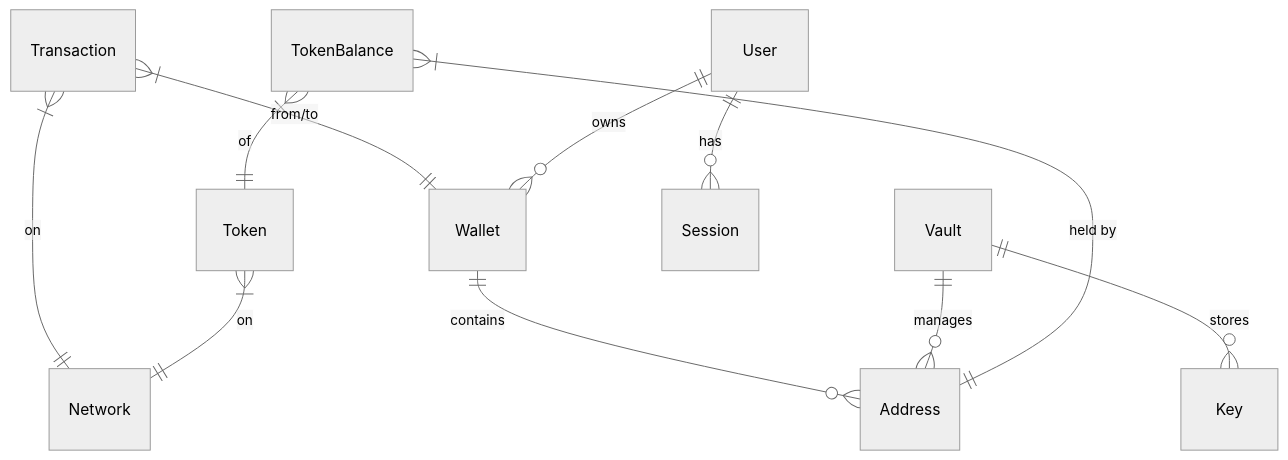
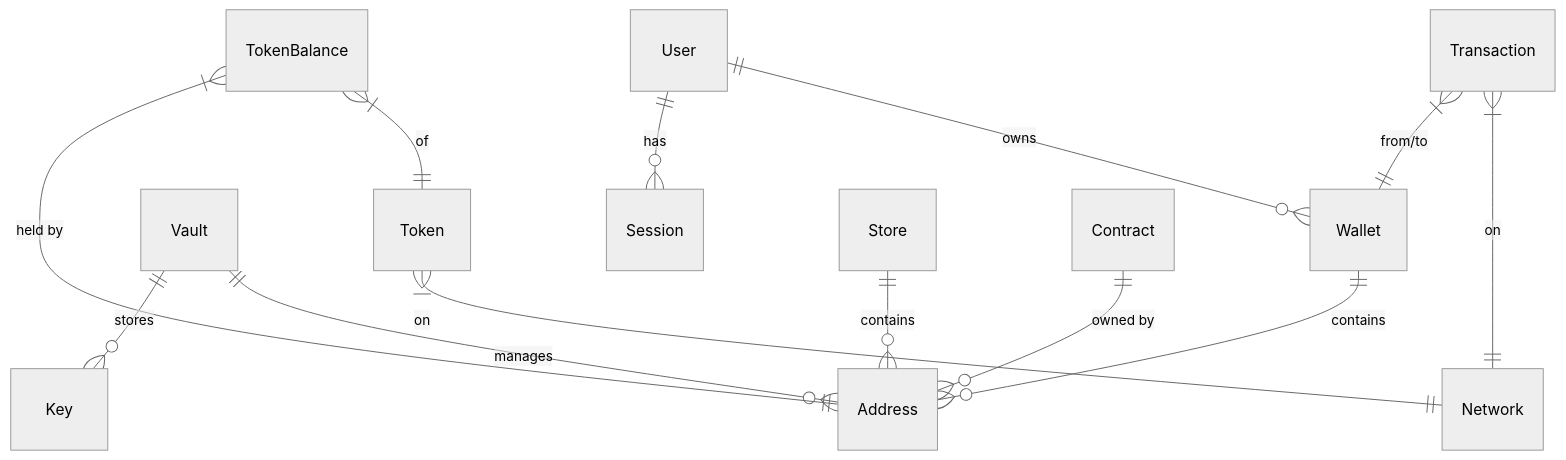
Diagram 22 of 22 in .qoder/repowiki/en/content/Domain Model & Data Structures/Domain Model & Data Structures.md (italoag/wallet), drawn with Mermaid (neutral theme) before and after one commit. The commit also changed other lines of this file and 10 other files, not shown here.

````diff
--- a/.qoder/repowiki/en/content/Domain Model & Data Structures/Domain Model & Data Structures.md
+++ b/.qoder/repowiki/en/content/Domain Model & Data Structures/Domain Model & Data Structures.md
@@ -414,13 +595,15 @@
 ```mermaid
 erDiagram
 Wallet ||--o{ Address : "contains"
 Vault ||--o{ Address : "manages"
 Transaction }|--|| Network : "on"
 Token }|--|| Network : "on"
 Transaction }|--|| Wallet : "from/to"
 TokenBalance }|--|| Token : "of"
 TokenBalance }|--|| Address : "held by"
 User ||--o{ Wallet : "owns"
 User ||--o{ Session : "has"
 Vault ||--o{ Key : "stores"
+Store ||--o{ Address : "contains"
+Contract ||--o{ Address : "owned by"
 ```
````
